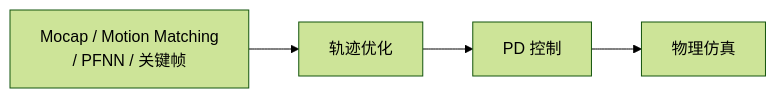
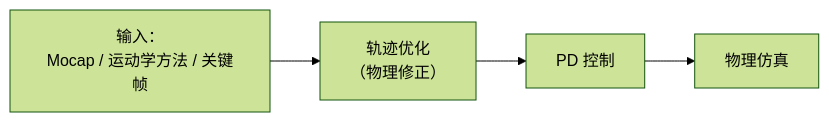
The second of 2 diagrams in src/Tracking/Tracking.md (CaterpillarStudyGroup/GAMES105_mdbook), drawn with Mermaid (forest theme) before and after one commit. The commit also changed other lines of this file, not shown here.

First line of the commit message:
Update Tracking.md: Simplify input sources to three categories

````diff
--- a/src/Tracking/Tracking.md
+++ b/src/Tracking/Tracking.md
@@ -60,6 +58,6 @@
 ```mermaid
 flowchart LR
-    Mocap["Mocap / Motion Matching<br/>/ PFNN / 关键帧"] --> Opt["轨迹优化"]
+    Input["输入：<br/>Mocap / 运动学方法 / 关键帧"] --> Opt["轨迹优化<br/>（物理修正）"]
     Opt --> PD["PD 控制"]
     PD --> Sim["物理仿真"]
 ```
````
